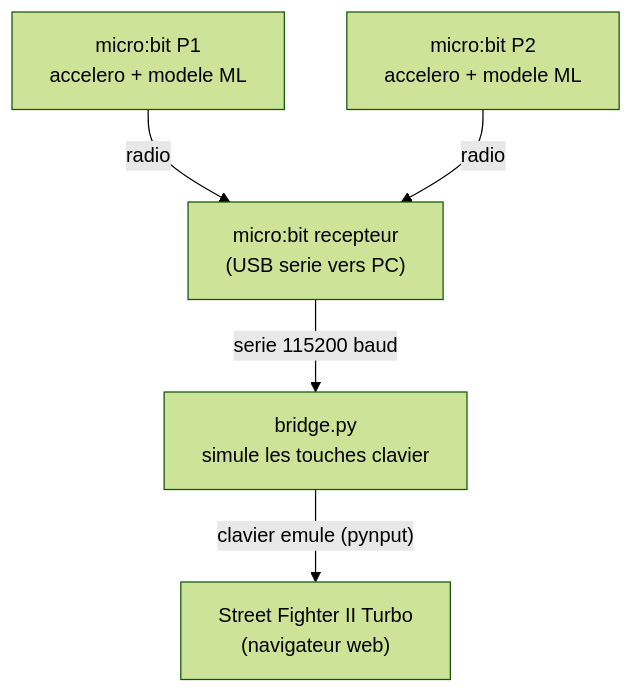
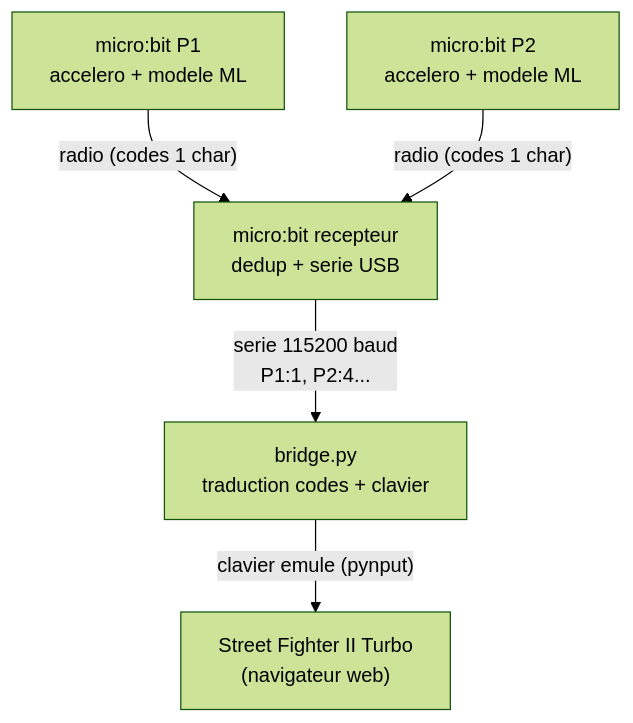
The diagram in README.md (arbona-robin/ml-microbit-stf2), drawn with Mermaid (forest theme) before and after one commit. The commit also changed other lines of this file, not shown here.

````diff
--- a/README.md
+++ b/README.md
@@ -5,13 +5,13 @@
 ```mermaid
 graph TD
     P1["micro:bit P1<br/>accelero + modele ML"]
     P2["micro:bit P2<br/>accelero + modele ML"]
-    RX["micro:bit recepteur<br/>(USB serie vers PC)"]
-    BR["bridge.py<br/>simule les touches clavier"]
+    RX["micro:bit recepteur<br/>dedup + serie USB"]
+    BR["bridge.py<br/>traduction codes + clavier"]
     SF["Street Fighter II Turbo<br/>(navigateur web)"]
 
-    P1 -- radio --> RX
-    P2 -- radio --> RX
-    RX -- "serie 115200 baud" --> BR
+    P1 -- "radio (codes 1 char)" --> RX
+    P2 -- "radio (codes 1 char)" --> RX
+    RX -- "serie 115200 baud<br/>P1:1, P2:4..." --> BR
     BR -- "clavier emule (pynput)" --> SF
 ```
````
